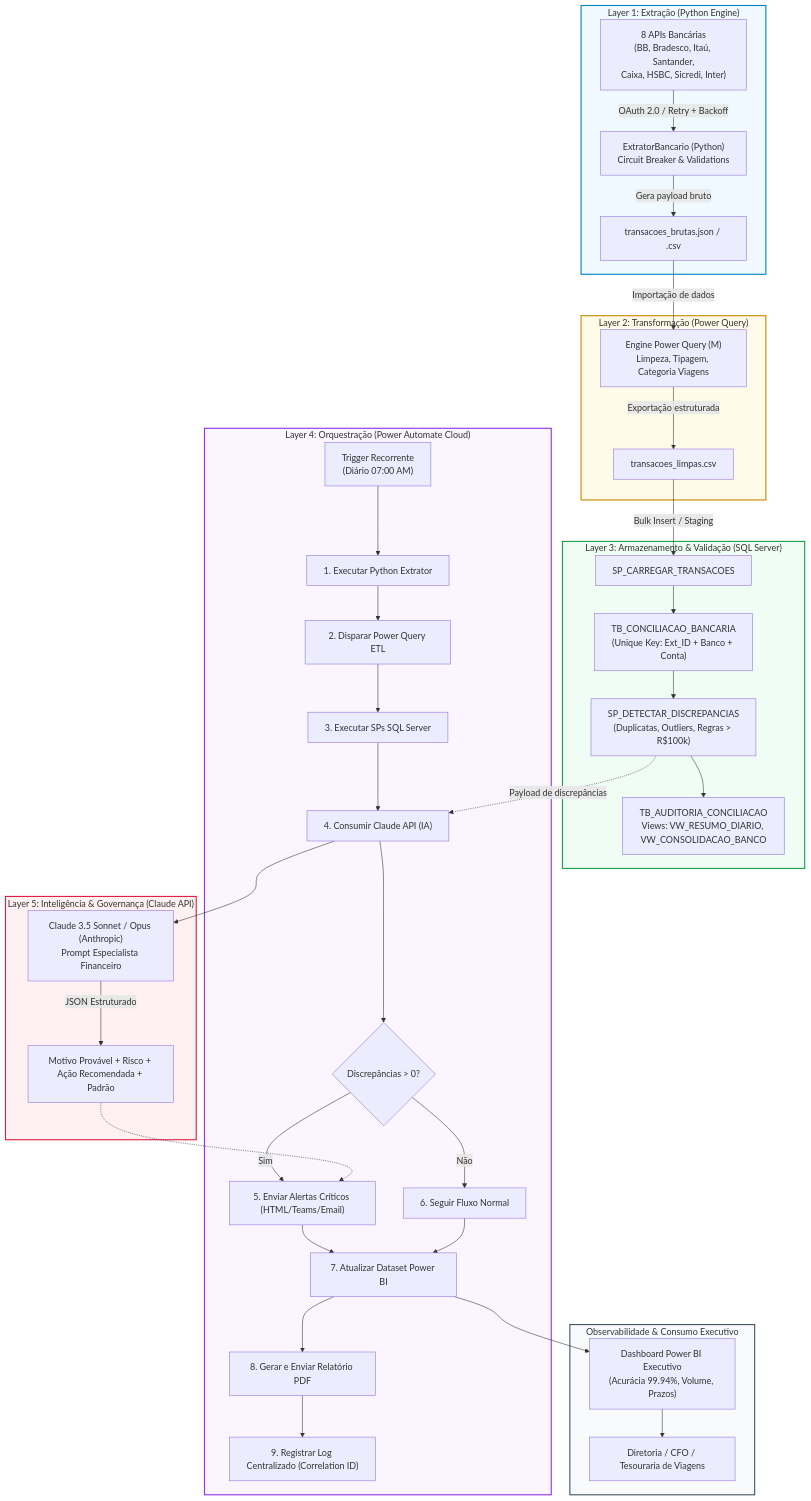
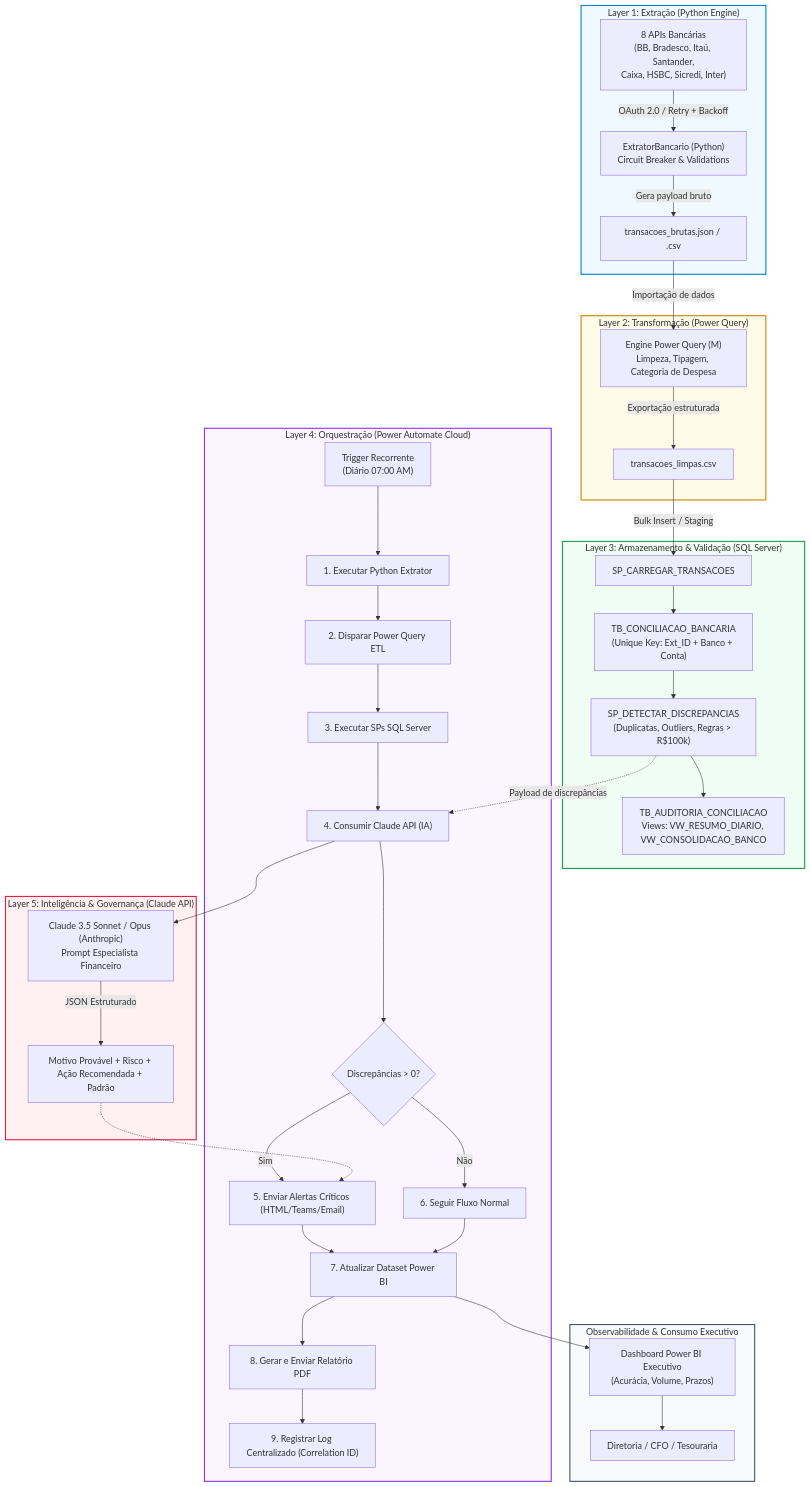
The diagram in docs/02_ARQUITETURA_DESIGN.md (diaquinodev/conciliacao-bancaria-automacao), drawn with Mermaid before and after one commit. The commit also changed other lines of this file and 48 other files, not shown here.

````diff
--- a/docs/02_ARQUITETURA_DESIGN.md
+++ b/docs/02_ARQUITETURA_DESIGN.md
@@ -11,51 +11,51 @@
 ```mermaid
 flowchart TD
     subgraph L1["Layer 1: Extração (Python Engine)"]
         B1["8 APIs Bancárias\n(BB, Bradesco, Itaú, Santander,\nCaixa, HSBC, Sicredi, Inter)"] -->|"OAuth 2.0 / Retry + Backoff"| EB["ExtratorBancario (Python)\nCircuit Breaker & Validations"]
         EB -->|"Gera payload bruto"| RAW["transacoes_brutas.json / .csv"]
     end
 
     subgraph L2["Layer 2: Transformação (Power Query)"]
-        RAW -->|"Importação de dados"| PQ["Engine Power Query (M)\nLimpeza, Tipagem, Categoria Viagens"]
+        RAW -->|"Importação de dados"| PQ["Engine Power Query (M)\nLimpeza, Tipagem, Categoria de Despesa"]
         PQ -->|"Exportação estruturada"| CLEAN["transacoes_limpas.csv"]
     end
 
     subgraph L3["Layer 3: Armazenamento & Validação (SQL Server)"]
         CLEAN -->|"Bulk Insert / Staging"| SP_LOAD["SP_CARREGAR_TRANSACOES"]
         SP_LOAD --> TB_CONC["TB_CONCILIACAO_BANCARIA\n(Unique Key: Ext_ID + Banco + Conta)"]
         TB_CONC --> SP_DISC["SP_DETECTAR_DISCREPANCIAS\n(Duplicatas, Outliers, Regras > R$100k)"]
         SP_DISC --> AUDIT["TB_AUDITORIA_CONCILIACAO\nViews: VW_RESUMO_DIARIO, VW_CONSOLIDACAO_BANCO"]
     end
 
     subgraph L4["Layer 4: Orquestração (Power Automate Cloud)"]
         CRON["Trigger Recorrente\n(Diário 07:00 AM)"] --> ACT1["1. Executar Python Extrator"]
         ACT1 --> ACT2["2. Disparar Power Query ETL"]
         ACT2 --> ACT3["3. Executar SPs SQL Server"]
         ACT3 --> ACT4["4. Consumir Claude API (IA)"]
         ACT4 --> COND{"Discrepâncias > 0?"}
         COND -->|"Sim"| ACT5["5. Enviar Alertas Críticos (HTML/Teams/Email)"]
         COND -->|"Não"| ACT6["6. Seguir Fluxo Normal"]
         ACT5 & ACT6 --> ACT7["7. Atualizar Dataset Power BI"]
         ACT7 --> ACT8["8. Gerar e Enviar Relatório PDF"]
         ACT8 --> ACT9["9. Registrar Log Centralizado (Correlation ID)"]
     end
 
     subgraph L5["Layer 5: Inteligência & Governança (Claude API)"]
         SP_DISC -.->|"Payload de discrepâncias"| ACT4
         ACT4 --> CLAUDE["Claude 3.5 Sonnet / Opus (Anthropic)\nPrompt Especialista Financeiro"]
         CLAUDE -->|"JSON Estruturado"| AI_OUT["Motivo Provável + Risco + Ação Recomendada + Padrão"]
         AI_OUT -.-> ACT5
     end
 
     subgraph L6["Observabilidade & Consumo Executivo"]
-        ACT7 --> PBI["Dashboard Power BI Executivo\n(Acurácia 99.94%, Volume, Prazos)"]
-        PBI --> CFO["Diretoria / CFO / Tesouraria de Viagens"]
+        ACT7 --> PBI["Dashboard Power BI Executivo\n(Acurácia, Volume, Prazos)"]
+        PBI --> CFO["Diretoria / CFO / Tesouraria"]
     end
 
     style L1 fill:#f0f9ff,stroke:#0284c7,stroke-width:2px
     style L2 fill:#fefce8,stroke:#ca8a04,stroke-width:2px
     style L3 fill:#f0fdf4,stroke:#16a34a,stroke-width:2px
     style L4 fill:#faf5ff,stroke:#9333ea,stroke-width:2px
     style L5 fill:#fff1f2,stroke:#e11d48,stroke-width:2px
     style L6 fill:#f8fafc,stroke:#475569,stroke-width:2px
 ```
````
